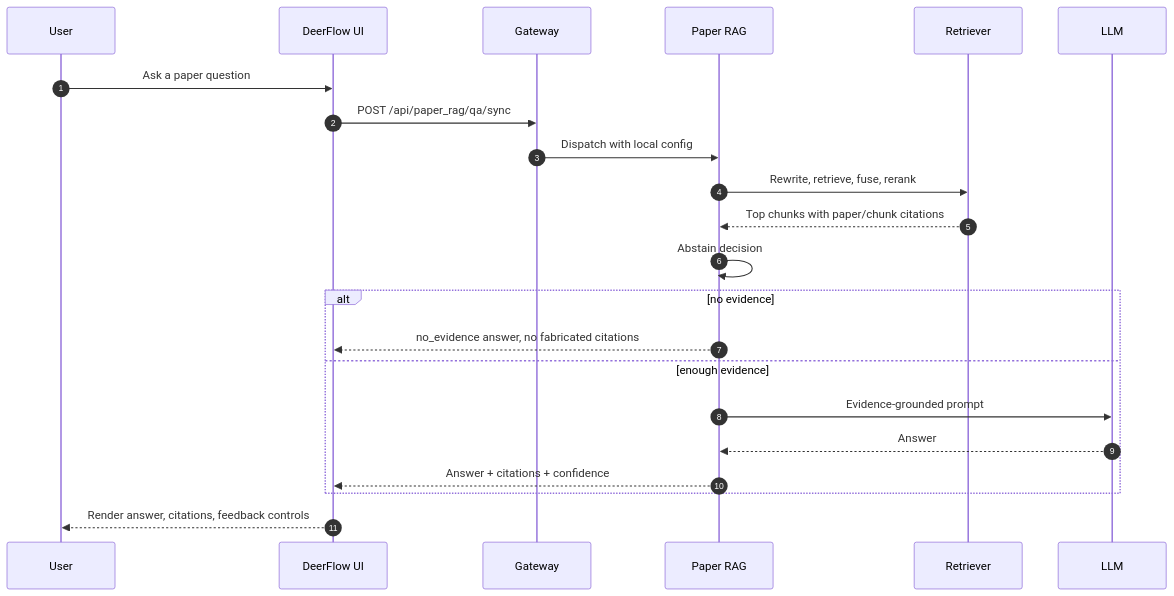
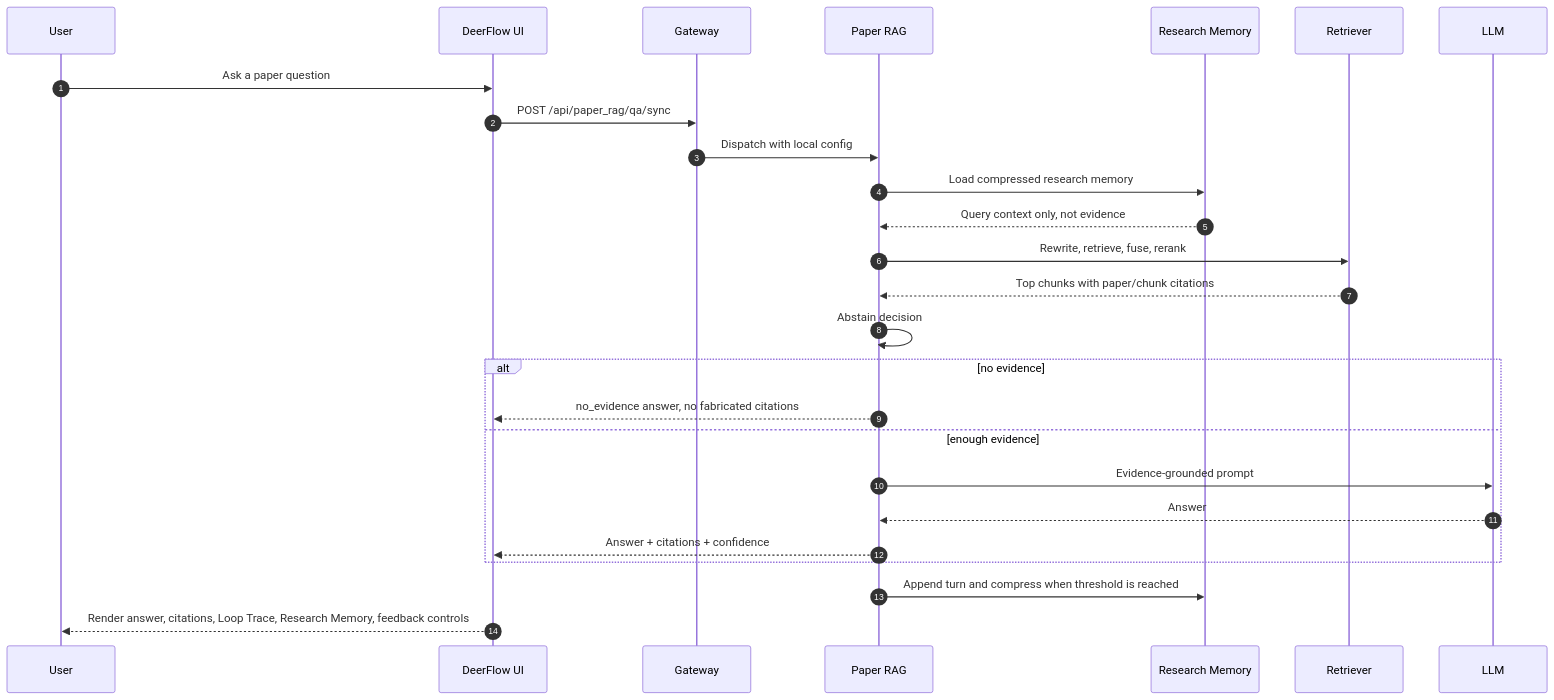
The second of 2 diagrams in README.md (vve11/agentic_rag), drawn with Mermaid before and after one commit. The commit also changed other lines of this file and 13 other files, not shown here.

Commit message:
Add loop trace research memory knowledge builder

````diff
--- a/README.md
+++ b/README.md
@@ -290,25 +298,29 @@
 ```mermaid
 sequenceDiagram
     autonumber
     participant U as User
     participant UI as DeerFlow UI
     participant GW as Gateway
     participant RAG as Paper RAG
+    participant MEM as Research Memory
     participant RET as Retriever
     participant LLM as LLM
 
     U->>UI: Ask a paper question
     UI->>GW: POST /api/paper_rag/qa/sync
     GW->>RAG: Dispatch with local config
+    RAG->>MEM: Load compressed research memory
+    MEM-->>RAG: Query context only, not evidence
     RAG->>RET: Rewrite, retrieve, fuse, rerank
     RET-->>RAG: Top chunks with paper/chunk citations
     RAG->>RAG: Abstain decision
     alt no evidence
         RAG-->>UI: no_evidence answer, no fabricated citations
     else enough evidence
         RAG->>LLM: Evidence-grounded prompt
         LLM-->>RAG: Answer
         RAG-->>UI: Answer + citations + confidence
     end
-    UI-->>U: Render answer, citations, feedback controls
+    RAG->>MEM: Append turn and compress when threshold is reached
+    UI-->>U: Render answer, citations, Loop Trace, Research Memory, feedback controls
 ```
````
